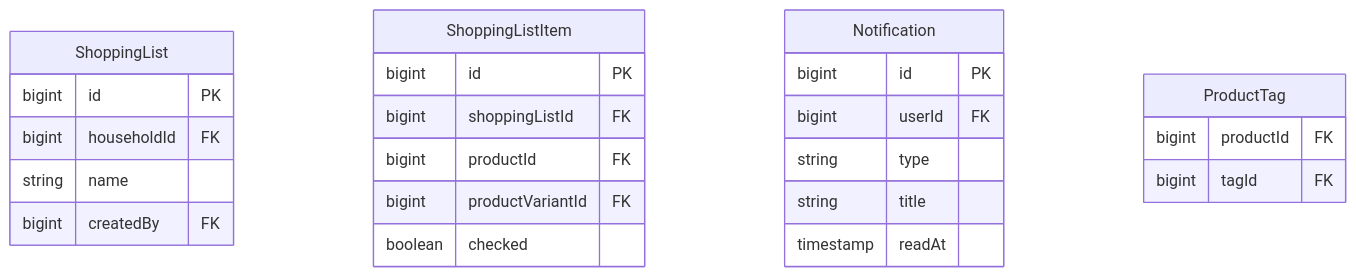
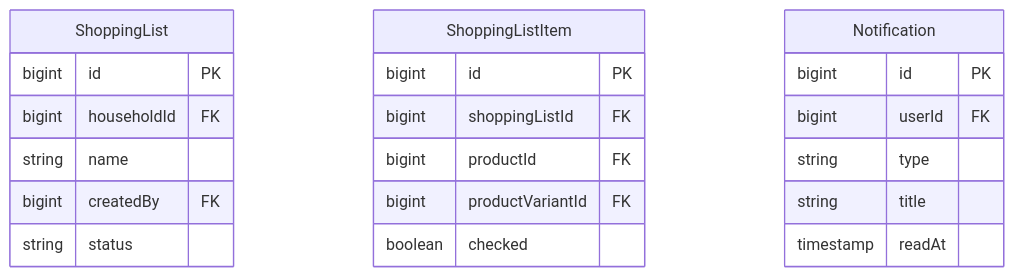
Before and after one commit to wukdddang/home-inventory-manager: the fourth of 4 diagrams in backend/docs/entity-logical-design.md, drawn with Mermaid. The commit also changed other lines of this file and 5 other files, not shown here.

````diff
--- a/backend/docs/entity-logical-design.md
+++ b/backend/docs/entity-logical-design.md
@@ -131,27 +132,24 @@
 ```mermaid
 erDiagram
     ShoppingList {
         bigint id PK
         bigint householdId FK
         string name
         bigint createdBy FK
+        string status
     }
     ShoppingListItem {
         bigint id PK
         bigint shoppingListId FK
         bigint productId FK
         bigint productVariantId FK
         boolean checked
     }
     Notification {
         bigint id PK
         bigint userId FK
         string type
         string title
         timestamp readAt
     }
-    ProductTag {
-        bigint productId FK
-        bigint tagId FK
-    }
 ```
````
